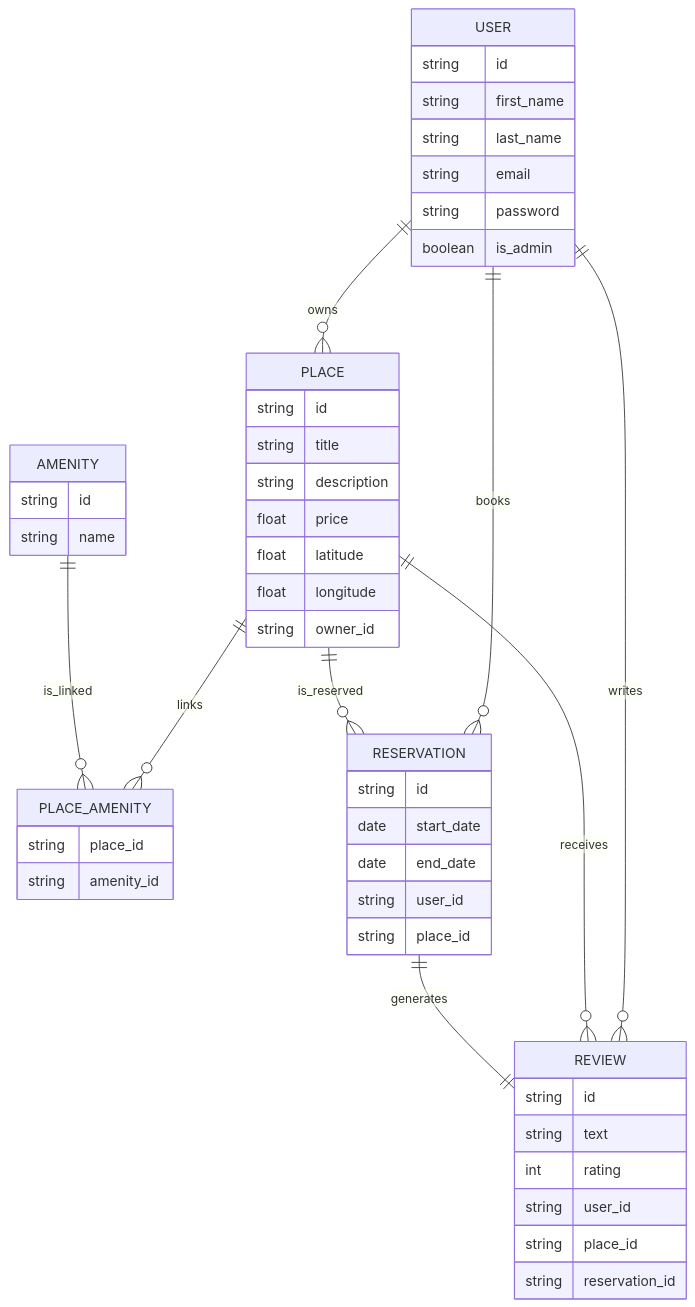
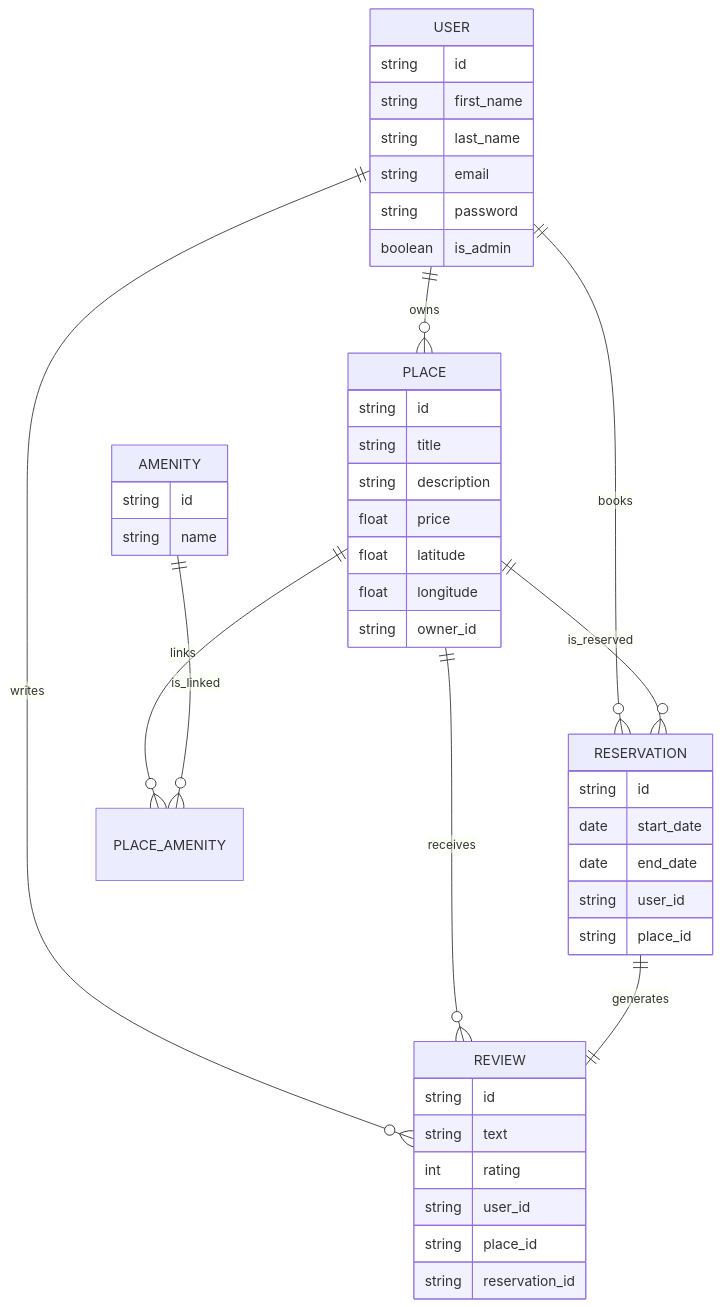
The diagram in part3/app/persistence/diagramER.md (Ravou/holbertonschool-hbnb), drawn with Mermaid before and after one commit.

Commit message:
delet place and amenity relation

````diff
--- a/part3/app/persistence/diagramER.md
+++ b/part3/app/persistence/diagramER.md
@@ -1,62 +1,57 @@
 ```mermaid
 erDiagram
     USER {
         string id
         string first_name
         string last_name
         string email
         string password
         boolean is_admin
     }
 
     PLACE {
         string id
         string title
         string description
         float price
         float latitude
         float longitude
         string owner_id
     }
 
     REVIEW {
         string id
         string text
         int rating
         string user_id
         string place_id
         string reservation_id
     }
 
     AMENITY {
         string id
         string name
     }
 
-    PLACE_AMENITY {
-        string place_id
-        string amenity_id
-    }
-
     RESERVATION {
         string id
         date start_date
         date end_date
         string user_id
         string place_id
     }
 
     %% Relations
     USER ||--o{ PLACE : owns
     USER ||--o{ REVIEW : writes
     USER ||--o{ RESERVATION : books
 
     PLACE ||--o{ REVIEW : receives
     PLACE ||--o{ RESERVATION : is_reserved
     PLACE ||--o{ PLACE_AMENITY : links
 
     AMENITY ||--o{ PLACE_AMENITY : is_linked
 
     RESERVATION ||--|| REVIEW : generates
 
 ```
````
